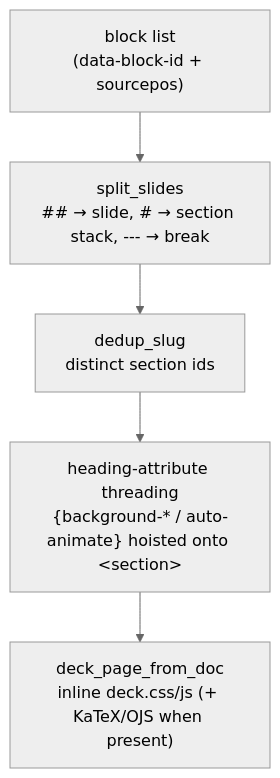
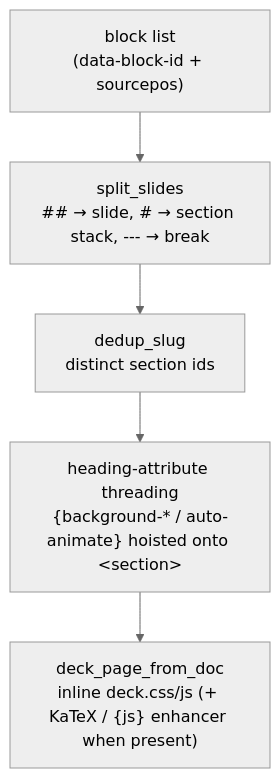
Before and after one commit to AJBogo9/taliesin: the diagram in docs/internals/deck-engine.qmd, drawn with Mermaid (neutral theme). The commit also changed other lines of this file and 60 other files, not shown here.

````diff
--- a/docs/internals/deck-engine.qmd
+++ b/docs/internals/deck-engine.qmd
@@ -28,7 +28,7 @@
 ```{mermaid}
 flowchart TB
   blocks["block list<br/>(data-block-id + sourcepos)"] --> split["split_slides<br/>## → slide, # → section stack, --- → break"]
   split --> dedup["dedup_slug<br/>distinct section ids"]
   dedup --> thread["heading-attribute threading<br/>{background-* / auto-animate} hoisted onto &lt;section&gt;"]
-  thread --> emit["deck_page_from_doc<br/>inline deck.css/js (+ KaTeX/OJS when present)"]
+  thread --> emit["deck_page_from_doc<br/>inline deck.css/js (+ KaTeX / {js} enhancer when present)"]
 ```
````
